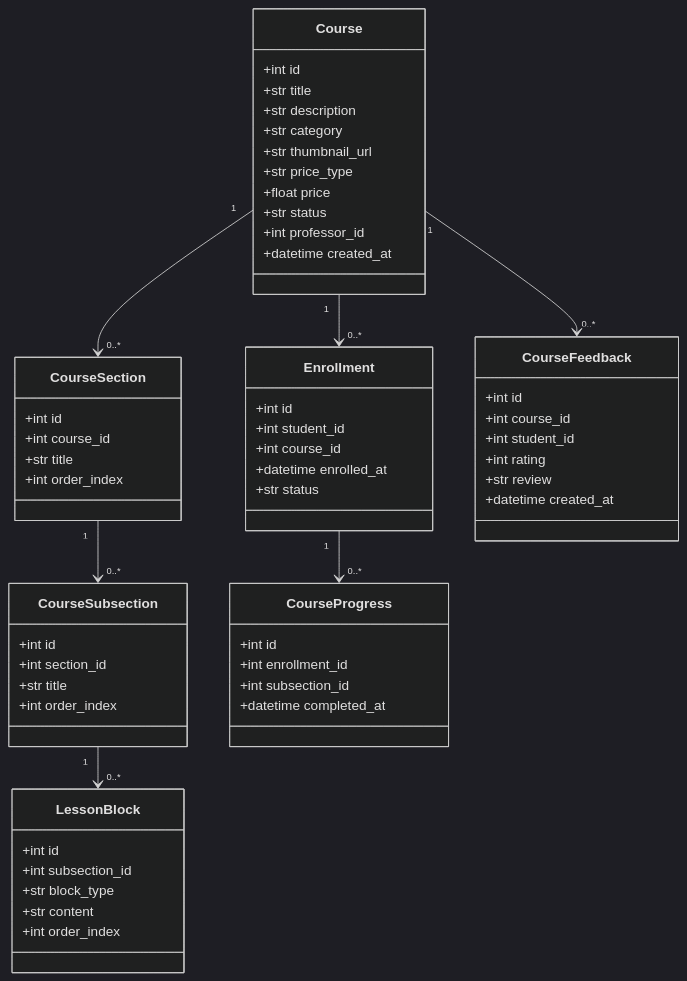
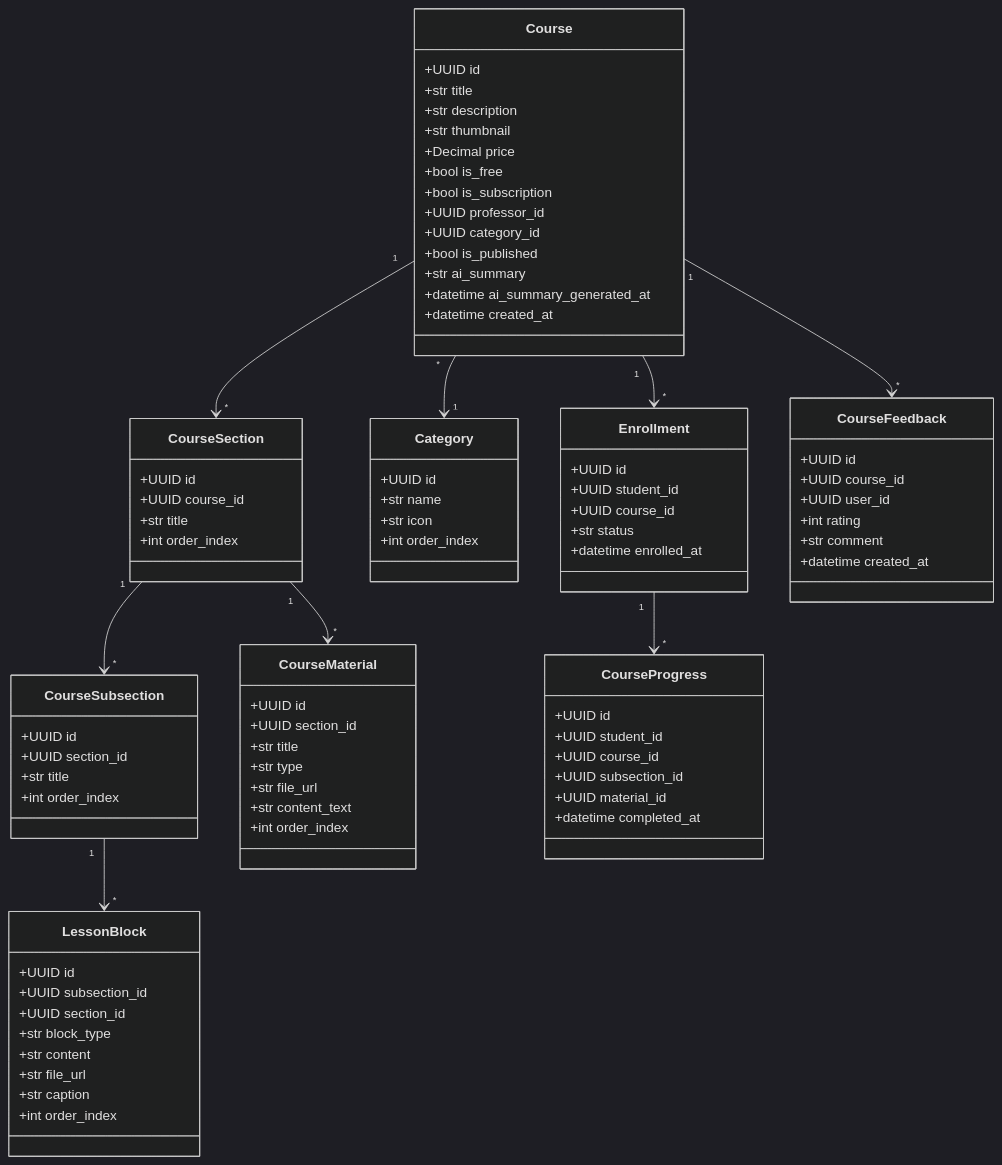
One commit to yazidha09/Hub4Learners changed the second of 4 diagrams in docs/sprints/SPRINT_2.md. Above: the diagram before and after it, drawn with Mermaid (dark theme). The commit also changed other lines of this file and 5 other files, not shown here.

````diff
--- a/docs/sprints/SPRINT_2.md
+++ b/docs/sprints/SPRINT_2.md
@@ -53,68 +61,95 @@
 ```mermaid
 classDiagram
     class Course {
-        +int id
+        +UUID id
         +str title
         +str description
-        +str category
-        +str thumbnail_url
-        +str price_type
-        +float price
-        +str status
-        +int professor_id
+        +str thumbnail
+        +Decimal price
+        +bool is_free
+        +bool is_subscription
+        +UUID professor_id
+        +UUID category_id
+        +bool is_published
+        +str ai_summary
+        +datetime ai_summary_generated_at
         +datetime created_at
     }
 
     class CourseSection {
-        +int id
-        +int course_id
+        +UUID id
+        +UUID course_id
         +str title
         +int order_index
     }
 
     class CourseSubsection {
-        +int id
-        +int section_id
+        +UUID id
+        +UUID section_id
         +str title
         +int order_index
     }
 
     class LessonBlock {
-        +int id
-        +int subsection_id
+        +UUID id
+        +UUID subsection_id
+        +UUID section_id
         +str block_type
         +str content
+        +str file_url
+        +str caption
+        +int order_index
+    }
+
+    class CourseMaterial {
+        +UUID id
+        +UUID section_id
+        +str title
+        +str type
+        +str file_url
+        +str content_text
+        +int order_index
+    }
+
+    class Category {
+        +UUID id
+        +str name
+        +str icon
         +int order_index
     }
 
     class Enrollment {
-        +int id
-        +int student_id
-        +int course_id
+        +UUID id
+        +UUID student_id
+        +UUID course_id
+        +str status
         +datetime enrolled_at
-        +str status
     }
 
     class CourseProgress {
-        +int id
-        +int enrollment_id
-        +int subsection_id
+        +UUID id
+        +UUID student_id
+        +UUID course_id
+        +UUID subsection_id
+        +UUID material_id
         +datetime completed_at
     }
 
     class CourseFeedback {
-        +int id
-        +int course_id
-        +int student_id
+        +UUID id
+        +UUID course_id
+        +UUID user_id
         +int rating
-        +str review
+        +str comment
         +datetime created_at
     }
 
-    Course "1" --> "0..*" CourseSection
-    CourseSection "1" --> "0..*" CourseSubsection
-    CourseSubsection "1" --> "0..*" LessonBlock
-    Course "1" --> "0..*" Enrollment
-    Enrollment "1" --> "0..*" CourseProgress
-    Course "1" --> "0..*" CourseFeedback
+    Course "1" --> "*" CourseSection
+    CourseSection "1" --> "*" CourseSubsection
+    CourseSubsection "1" --> "*" LessonBlock
+    CourseSection "1" --> "*" CourseMaterial
+    Course "*" --> "1" Category
+    Course "1" --> "*" Enrollment
+    Enrollment "1" --> "*" CourseProgress
+    Course "1" --> "*" CourseFeedback
 ```
````
